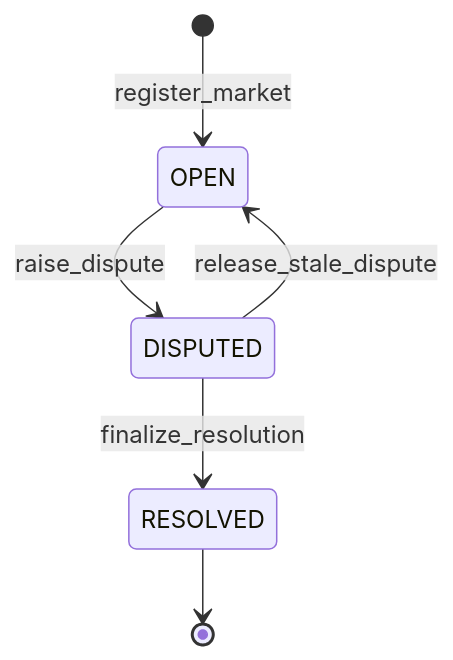
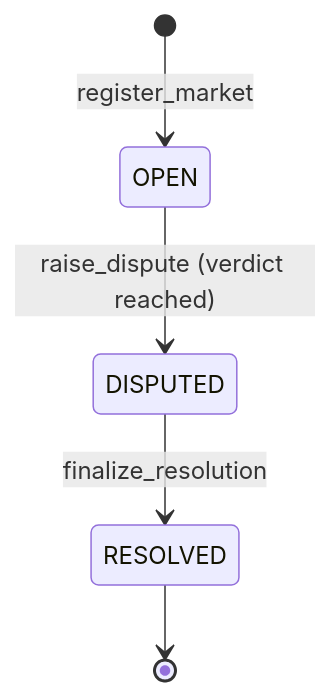
The second of 5 diagrams in specs/architecture.md (Handik4/LexVeritas), drawn with Mermaid before and after one commit. The commit also changed other lines of this file and 17 other files, not shown here.

````diff
--- a/specs/architecture.md
+++ b/specs/architecture.md
@@ -94,8 +97,7 @@
 ```mermaid
 stateDiagram-v2
     [*] --> OPEN: register_market
-    OPEN --> DISPUTED: raise_dispute
-    DISPUTED --> OPEN: release_stale_dispute
+    OPEN --> DISPUTED: raise_dispute (verdict reached)
     DISPUTED --> RESOLVED: finalize_resolution
     RESOLVED --> [*]
 ```
````
